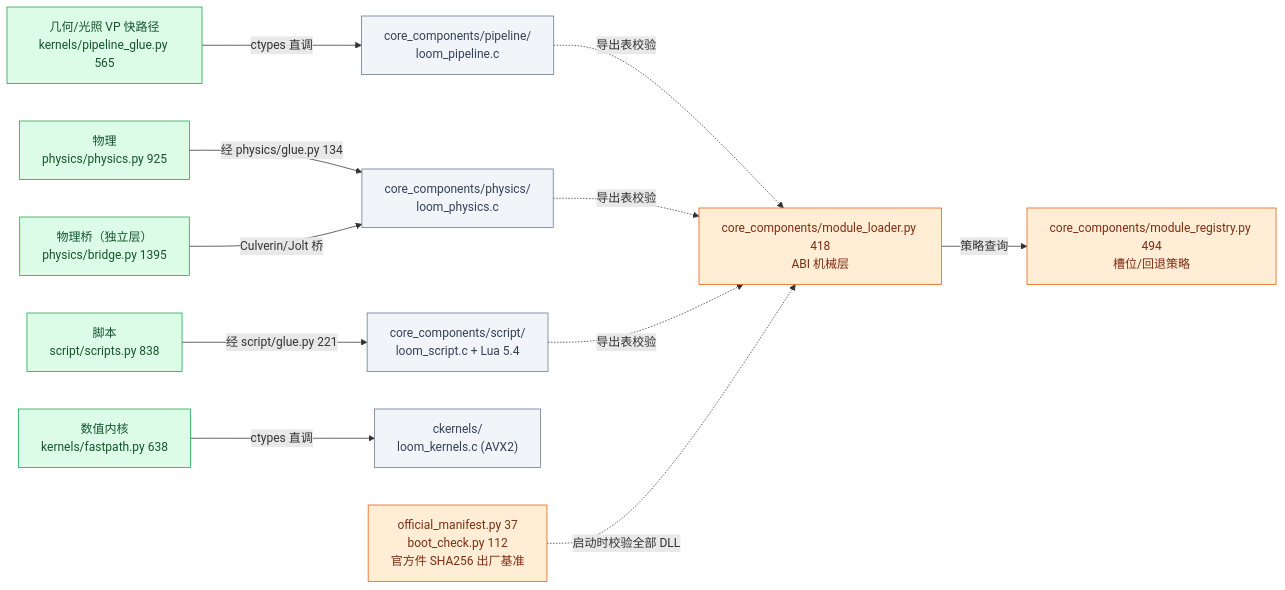
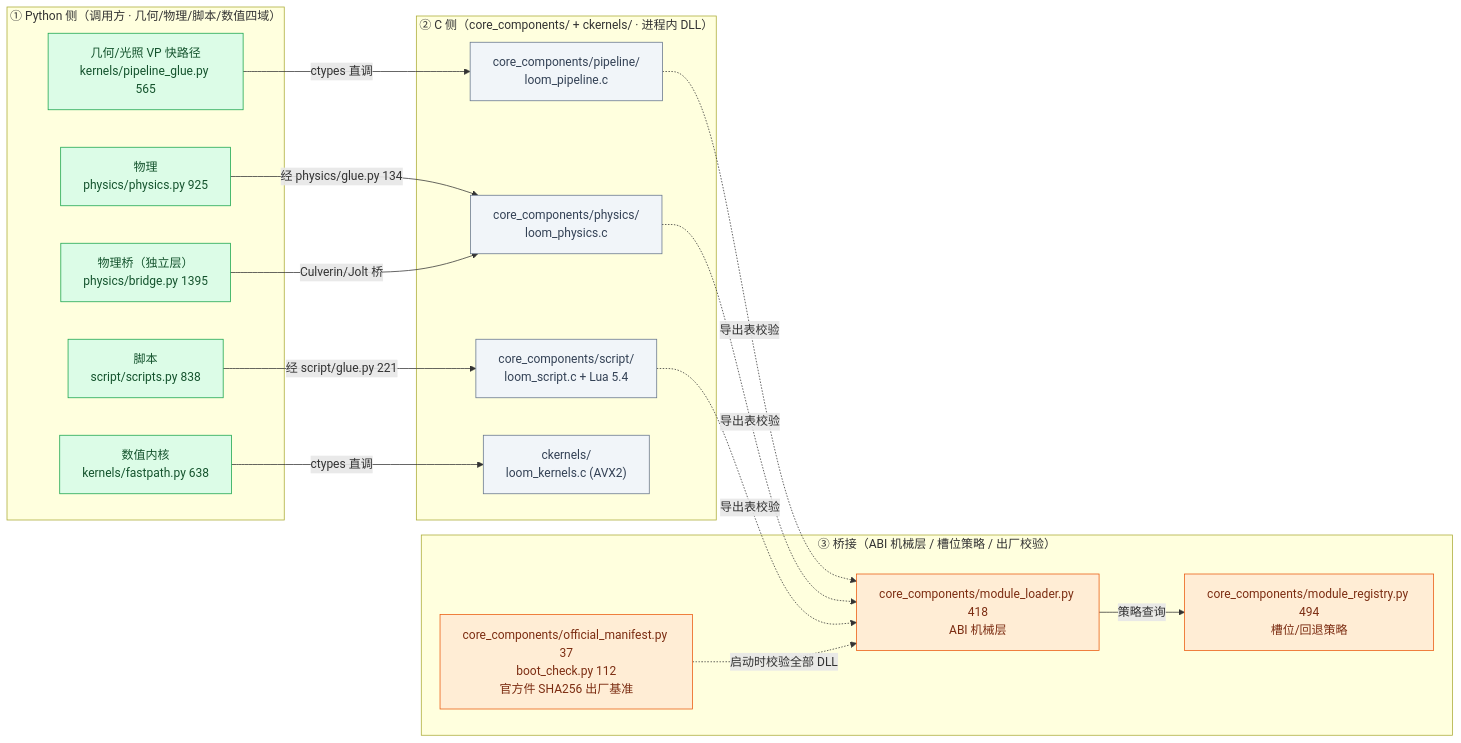
The eighth of 23 diagrams in ARCHITECTURE.md (lhy302/WeaveEngine), drawn with Mermaid before and after one commit. The commit also changed other lines of this file, not shown here.

Commit message:
docs: 图 2~7 全部改为功能模块分框结构（图 1 样板推广：subgraph=归属目录+职责，框内=真实文件，跨框连线=模块关系）

````diff
--- a/ARCHITECTURE.md
+++ b/ARCHITECTURE.md
@@ -466,28 +518,34 @@
 ```mermaid
 flowchart LR
-  PY1["几何/光照 VP 快路径<br/>kernels/pipeline_glue.py 565"]:::impl
-  PY2["物理<br/>physics/physics.py 925"]:::impl
-  PY3["物理桥（独立层）<br/>physics/bridge.py 1395"]:::impl
-  PY4["脚本<br/>script/scripts.py 838"]:::impl
-  PY5["数值内核<br/>kernels/fastpath.py 638"]:::impl
-  C1["core_components/pipeline/<br/>loom_pipeline.c"]:::file
-  C2["core_components/physics/<br/>loom_physics.c"]:::file
-  C3["core_components/script/<br/>loom_script.c + Lua 5.4"]:::file
-  C4["ckernels/<br/>loom_kernels.c (AVX2)"]:::file
-  L["core_components/module_loader.py 418<br/>ABI 机械层"]:::contract
-  R["core_components/module_registry.py 494<br/>槽位/回退策略"]:::contract
-  H["official_manifest.py 37<br/>boot_check.py 112<br/>官方件 SHA256 出厂基准"]:::contract
+  subgraph PY["① Python 侧（调用方 · 几何/物理/脚本/数值四域）"]
+    PY1["几何/光照 VP 快路径<br/>kernels/pipeline_glue.py 565"]:::impl
+    PY2["物理<br/>physics/physics.py 925"]:::impl
+    PY3["物理桥（独立层）<br/>physics/bridge.py 1395"]:::impl
+    PY4["脚本<br/>script/scripts.py 838"]:::impl
+    PY5["数值内核<br/>kernels/fastpath.py 638"]:::impl
+  end
+  subgraph CSIDE["② C 侧（core_components/ + ckernels/ · 进程内 DLL）"]
+    C1["core_components/pipeline/<br/>loom_pipeline.c"]:::file
+    C2["core_components/physics/<br/>loom_physics.c"]:::file
+    C3["core_components/script/<br/>loom_script.c + Lua 5.4"]:::file
+    C4["ckernels/<br/>loom_kernels.c (AVX2)"]:::file
+  end
+  subgraph BRIDGE["③ 桥接（ABI 机械层 / 槽位策略 / 出厂校验）"]
+    L["core_components/module_loader.py 418<br/>ABI 机械层"]:::contract
+    R["core_components/module_registry.py 494<br/>槽位/回退策略"]:::contract
+    H["core_components/official_manifest.py 37<br/>boot_check.py 112<br/>官方件 SHA256 出厂基准"]:::contract
+  end
   PY1 -->|ctypes 直调| C1
   PY2 -->|经 physics/glue.py 134| C2
   PY3 -->|Culverin/Jolt 桥| C2
   PY4 -->|经 script/glue.py 221| C3
   PY5 -->|ctypes 直调| C4
   C1 -.->|导出表校验| L
   C2 -.->|导出表校验| L
   C3 -.->|导出表校验| L
   L -->|策略查询| R
   H -.->|启动时校验全部 DLL| L
   classDef impl fill:#dcfce7,stroke:#16a34a,color:#14532d
   classDef contract fill:#ffedd5,stroke:#ea580c,color:#7c2d12
   classDef file fill:#f1f5f9,stroke:#64748b,color:#334155
 ```
````
